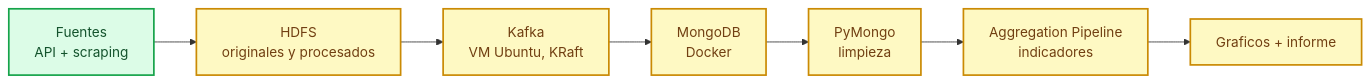
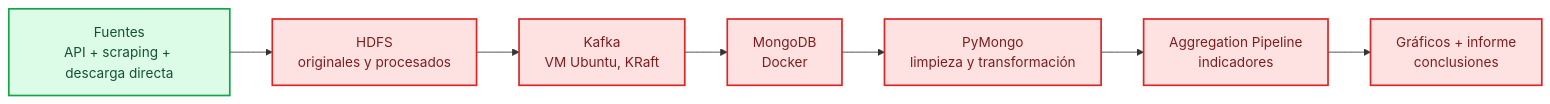
The diagram in README.md (mikelrh-dev/bigdata-vivienda-euskadi), drawn with Mermaid before and after one commit. The commit also changed other lines of this file, not shown here.

````diff
--- a/README.md
+++ b/README.md
@@ -16,20 +24,21 @@
 ```mermaid
 flowchart LR
     accTitle: Pipeline de datos vivienda Euskadi
     accDescr: Flujo de fuentes a resultados: extraccion, HDFS, Kafka, MongoDB, limpieza, agregacion, visualizacion.
 
-    src["Fuentes<br/>API + scraping"]
+    src["Fuentes<br/>API + scraping + descarga directa"]
     hdfs["HDFS<br/>originales y procesados"]
     kafka["Kafka<br/>VM Ubuntu, KRaft"]
     mongo["MongoDB<br/>Docker"]
-    clean["PyMongo<br/>limpieza"]
+    clean["PyMongo<br/>limpieza y transformación"]
     agg["Aggregation Pipeline<br/>indicadores"]
-    viz["Graficos + informe"]
+    viz["Gráficos + informe<br/>conclusiones"]
 
     src --> hdfs --> kafka --> mongo --> clean --> agg --> viz
 
     classDef done fill:#dcfce7,stroke:#16a34a,stroke-width:2px,color:#14532d
-    classDef todo fill:#fef9c3,stroke:#ca8a04,stroke-width:2px,color:#713f12
+    classDef partial fill:#fef9c3,stroke:#ca8a04,stroke-width:2px,color:#713f12
+    classDef todo fill:#fee2e2,stroke:#dc2626,stroke-width:2px,color:#7f1d1d
     class src done
     class hdfs,kafka,mongo,clean,agg,viz todo
 ```
````
